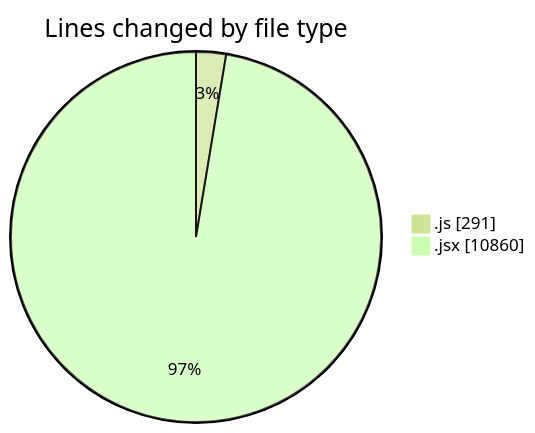
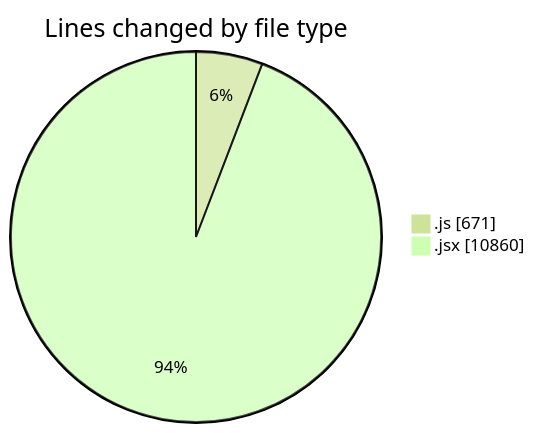
Before and after one commit to nxtqubesakshisongat/code-tracking: the first of 2 diagrams in 2025-07-28/nxtqube_webapp/README.md, drawn with Mermaid (forest theme). The commit also changed other lines of this file and 1 other file, not shown here.

````diff
--- a/2025-07-28/nxtqube_webapp/README.md
+++ b/2025-07-28/nxtqube_webapp/README.md
@@ -45,6 +46,6 @@
 ```mermaid
 pie showData
 title Lines changed by file type
-".js" : 291
+".js" : 671
 ".jsx" : 10860
 ```
````
